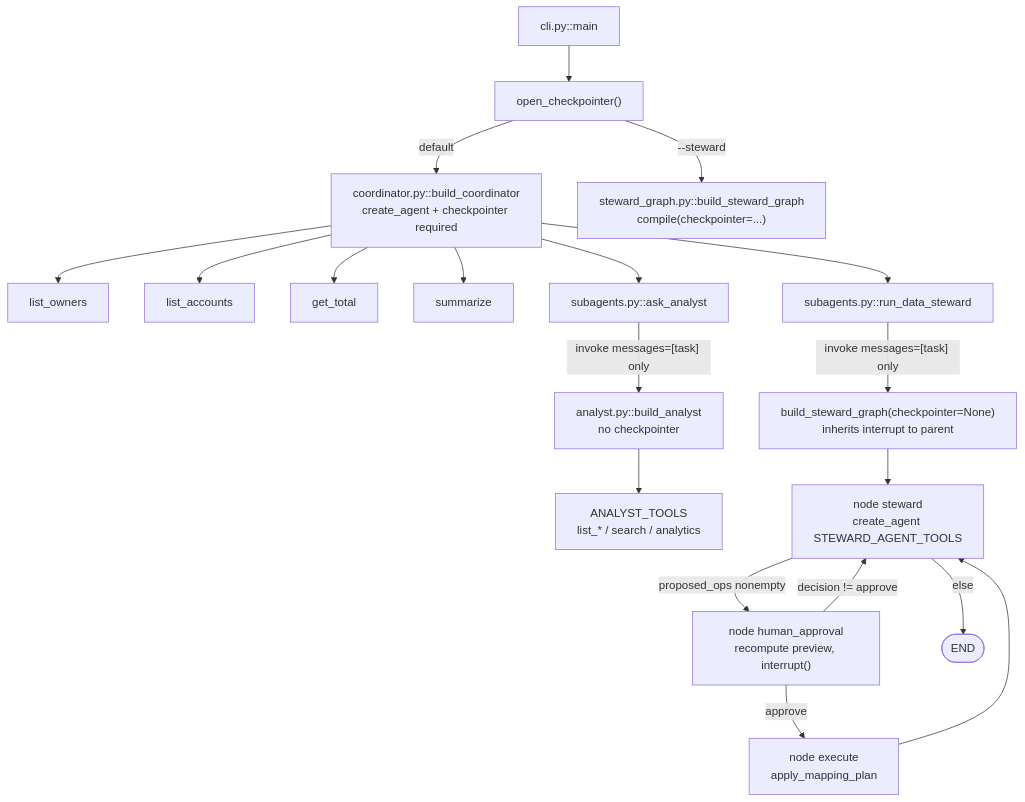
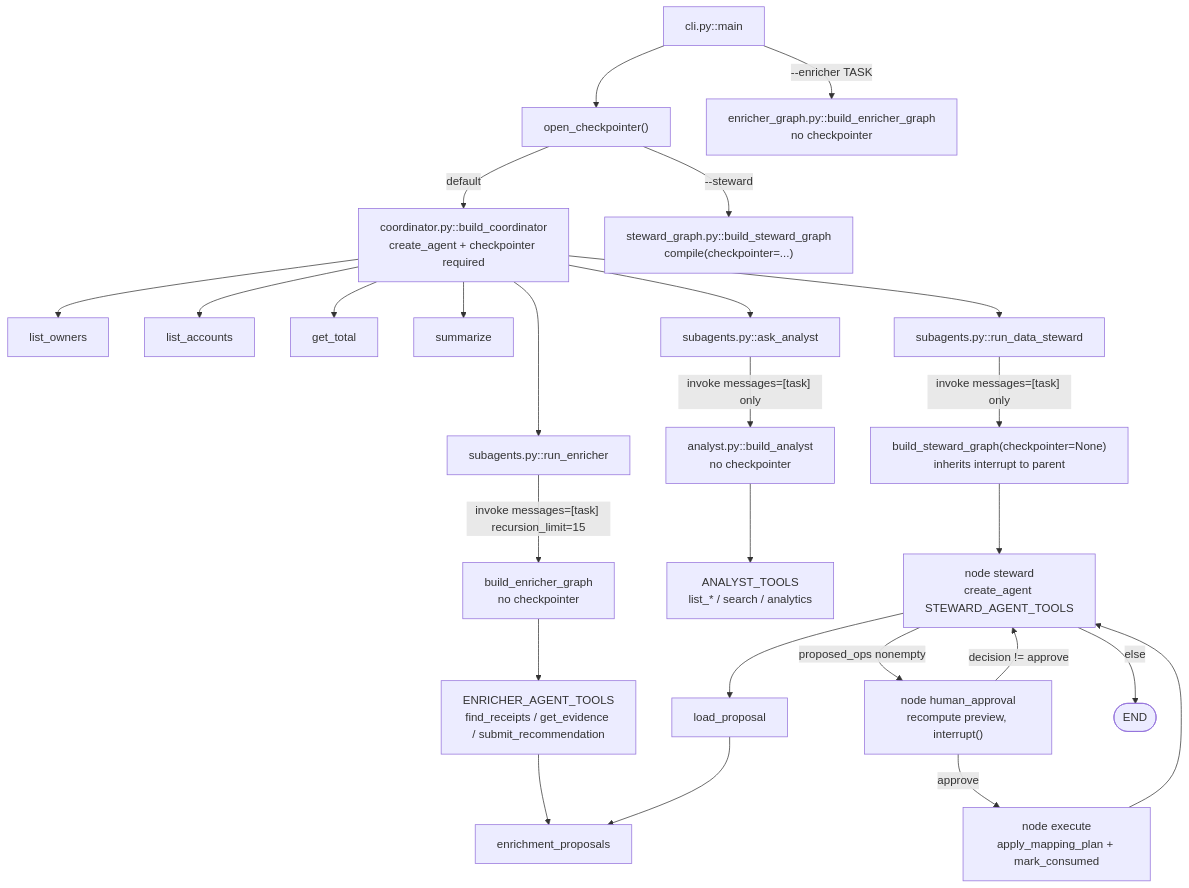
One commit to camilo1rp/finance-tracker changed the second of 2 diagrams in docs/PROJECT-MAP.md. Above: the diagram before and after it, drawn with Mermaid. The commit also changed other lines of this file and 13 other files, not shown here.

First line of the commit message:
enrichment(03B): steward load_proposal, coordinator routing, studio, e2e flow

````diff
--- a/docs/PROJECT-MAP.md
+++ b/docs/PROJECT-MAP.md
@@ -803,26 +803,33 @@
 ```mermaid
 flowchart TB
   CLI["cli.py::main"]
   CP["open_checkpointer()"]
   CLI --> CP
   CP -->|"default"| COORD["coordinator.py::build_coordinator\ncreate_agent + checkpointer required"]
   CP -->|"--steward"| STEW_CP["steward_graph.py::build_steward_graph\ncompile(checkpointer=...)"]
+  CLI -->|"--enricher TASK"| ENR_CLI["enricher_graph.py::build_enricher_graph\nno checkpointer"]
 
   COORD --> LO["list_owners"]
   COORD --> LA["list_accounts"]
   COORD --> GT["get_total"]
   COORD --> SUM["summarize"]
   COORD --> AA["subagents.py::ask_analyst"]
   COORD --> RDS["subagents.py::run_data_steward"]
+  COORD --> RE["subagents.py::run_enricher"]
 
   AA -->|"invoke messages=[task] only"| ANALYST["analyst.py::build_analyst\nno checkpointer"]
   RDS -->|"invoke messages=[task] only"| STEW["build_steward_graph(checkpointer=None)\ninherits interrupt to parent"]
+  RE -->|"invoke messages=[task] recursion_limit=15"| ENR["build_enricher_graph\nno checkpointer"]
 
   ANALYST --> AT["ANALYST_TOOLS\nlist_* / search / analytics"]
+  ENR --> ET["ENRICHER_AGENT_TOOLS\nfind_receipts / get_evidence / submit_recommendation"]
+  ET --> PROP["enrichment_proposals"]
   STEW --> SN["node steward\ncreate_agent STEWARD_AGENT_TOOLS"]
+  SN --> LP["load_proposal"]
+  LP --> PROP
   SN -->|"proposed_ops nonempty"| HA["node human_approval\nrecompute preview, interrupt()"]
   SN -->|"else"| END([END])
   HA -->|"decision != approve"| SN
-  HA -->|"approve"| EX["node execute\napply_mapping_plan"]
+  HA -->|"approve"| EX["node execute\napply_mapping_plan + mark_consumed"]
   EX --> SN
 ```
````
